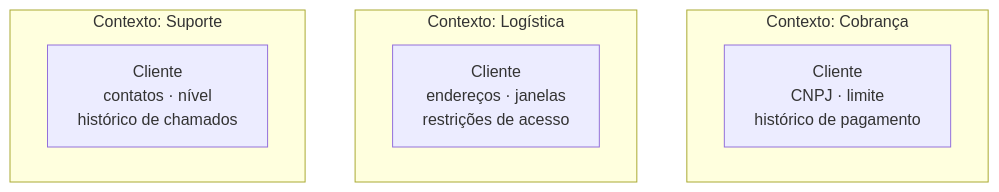
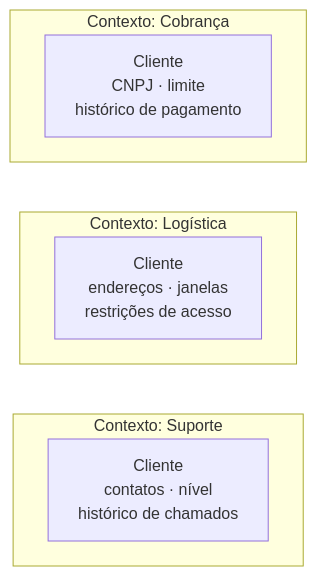
One commit to oadcavalcante/software-architecture-mastery changed the diagram in docs/04-domain-driven-design/bounded-context.md. Above: the diagram before and after it, drawn with Mermaid. The commit also changed 27 other files, not shown here.

First line of the commit message:
diagramas: parenteses renderizando como &(&) e largura ilegivel no telefone

````diff
--- a/docs/04-domain-driven-design/bounded-context.md
+++ b/docs/04-domain-driven-design/bounded-context.md
@@ -61,12 +61,13 @@
 ```mermaid
 graph TB
   subgraph Cobranca[Contexto: Cobrança]
     C1[Cliente<br/>CNPJ · limite<br/>histórico de pagamento]
   end
   subgraph Logistica[Contexto: Logística]
     C2[Cliente<br/>endereços · janelas<br/>restrições de acesso]
   end
   subgraph Suporte[Contexto: Suporte]
     C3[Cliente<br/>contatos · nível<br/>histórico de chamados]
   end
+  C1 ~~~ C2 ~~~ C3
 ```
````
